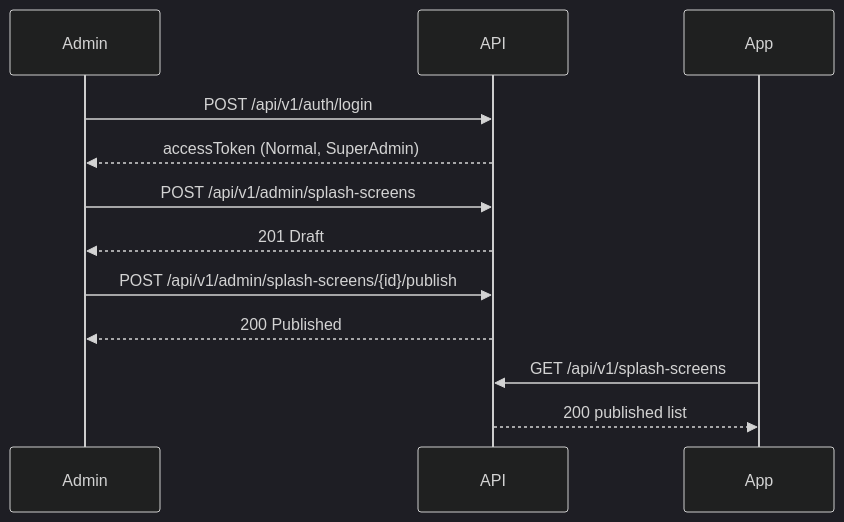
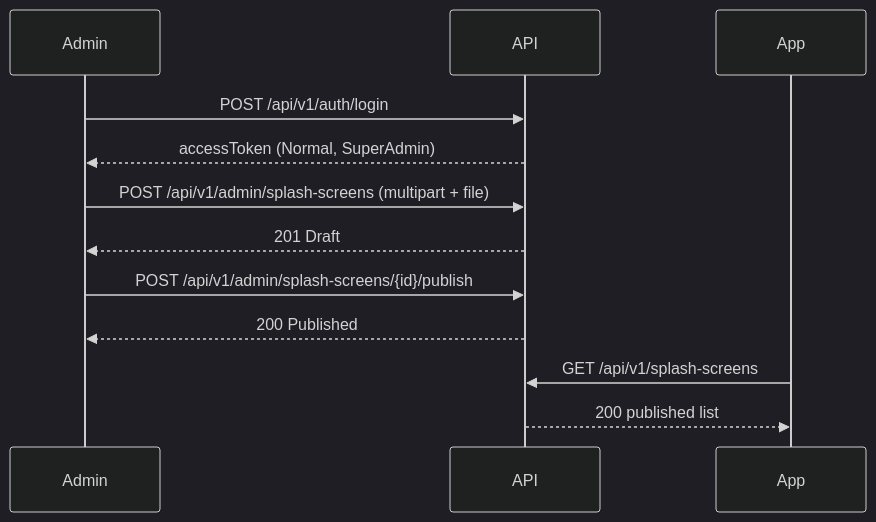
Before and after one commit to Mossad-55/Sanad_API: the diagram in docs/admin/splash-screens.md, drawn with Mermaid (dark theme). The commit also changed other lines of this file and 5 other files, not shown here.

````diff
--- a/docs/admin/splash-screens.md
+++ b/docs/admin/splash-screens.md
@@ -75,14 +79,14 @@
 ```mermaid
 sequenceDiagram
     participant Admin
     participant API
     participant App
     Admin->>API: POST /api/v1/auth/login
     API-->>Admin: accessToken (Normal, SuperAdmin)
-    Admin->>API: POST /api/v1/admin/splash-screens
+    Admin->>API: POST /api/v1/admin/splash-screens (multipart + file)
     API-->>Admin: 201 Draft
     Admin->>API: POST /api/v1/admin/splash-screens/{id}/publish
     API-->>Admin: 200 Published
     App->>API: GET /api/v1/splash-screens
     API-->>App: 200 published list
 ```
````
